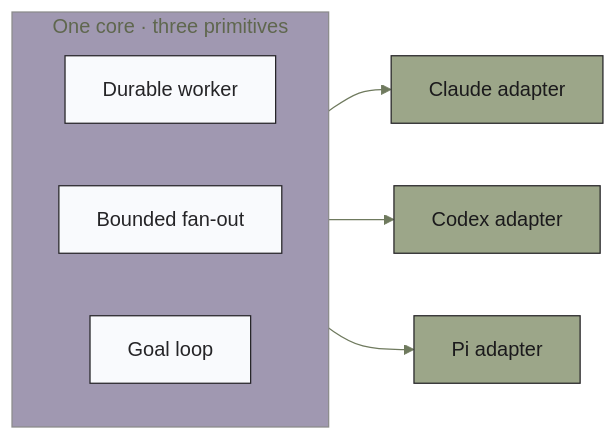
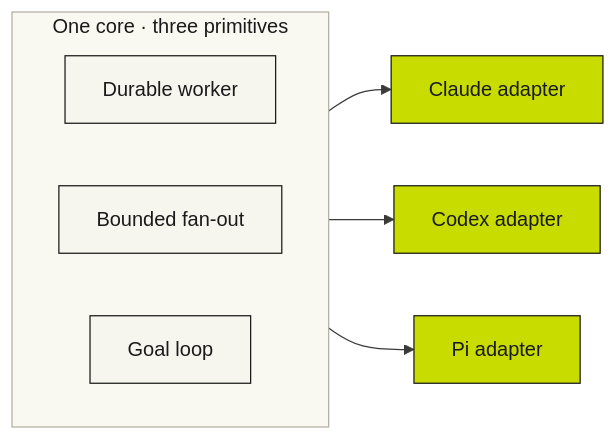
Before and after one commit to llamallamaredpajama/idc-workflow: the second of 2 diagrams in README.md, drawn with Mermaid. The commit also changed other lines of this file and 9 other files, not shown here.

First line of the commit message:
docs(readme): adopt the painted pipeline diagram + Oliver Wyman Forum editorial re-skin

````diff
--- a/README.md
+++ b/README.md
@@ -281,16 +281,16 @@
 ```mermaid
-%%{init: {'theme':'base','themeVariables':{'primaryColor':'#9CA689','primaryTextColor':'#1b1a1c','primaryBorderColor':'#252427','lineColor':'#6f7a5e','fontFamily':'Trebuchet MS, Verdana, sans-serif'}}}%%
+%%{init: {'theme':'base','themeVariables':{'primaryColor':'#c8dc00','primaryTextColor':'#1a1a1a','primaryBorderColor':'#1a1a1a','lineColor':'#3a3a38','clusterBkg':'#faf9f1','clusterBorder':'#b3b0a4','titleColor':'#1a1a1a','fontFamily':'Helvetica Neue, Helvetica, Arial, sans-serif'}}}%%
 flowchart LR
     subgraph core["One core · three primitives"]
         direction LR
         DW["Durable worker"]:::p
         BF["Bounded fan-out"]:::p
         GL["Goal loop"]:::p
     end
     core --> CL["Claude adapter"]:::ad
     core --> CX["Codex adapter"]:::ad
     core --> PI["Pi adapter"]:::ad
 
-    classDef p fill:#F9FAFD,stroke:#252427,color:#252427;
-    classDef ad fill:#9CA689,stroke:#252427,color:#1b1a1c;
+    classDef p fill:#f7f6ee,stroke:#1a1a1a,color:#1a1a1a;
+    classDef ad fill:#c8dc00,stroke:#1a1a1a,color:#1a1a1a;
 ```
````
